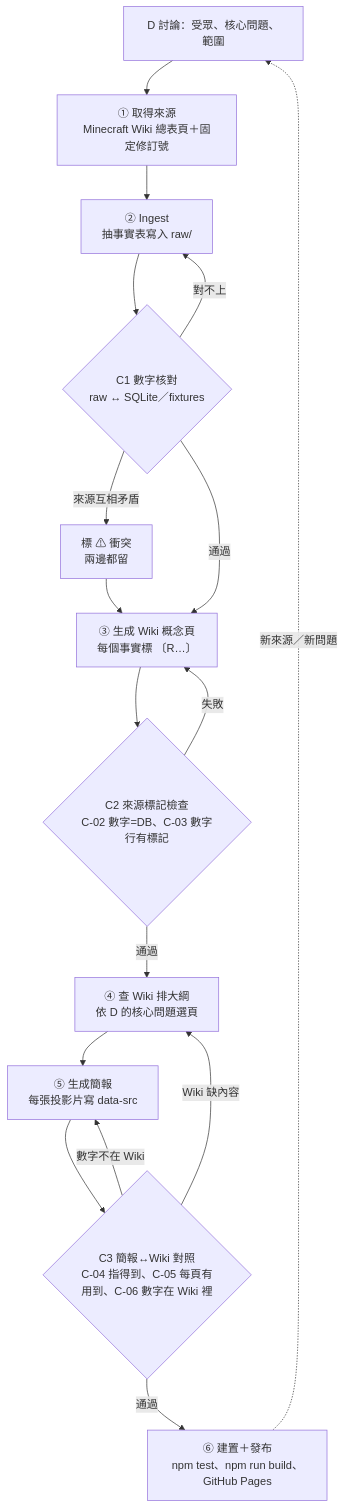
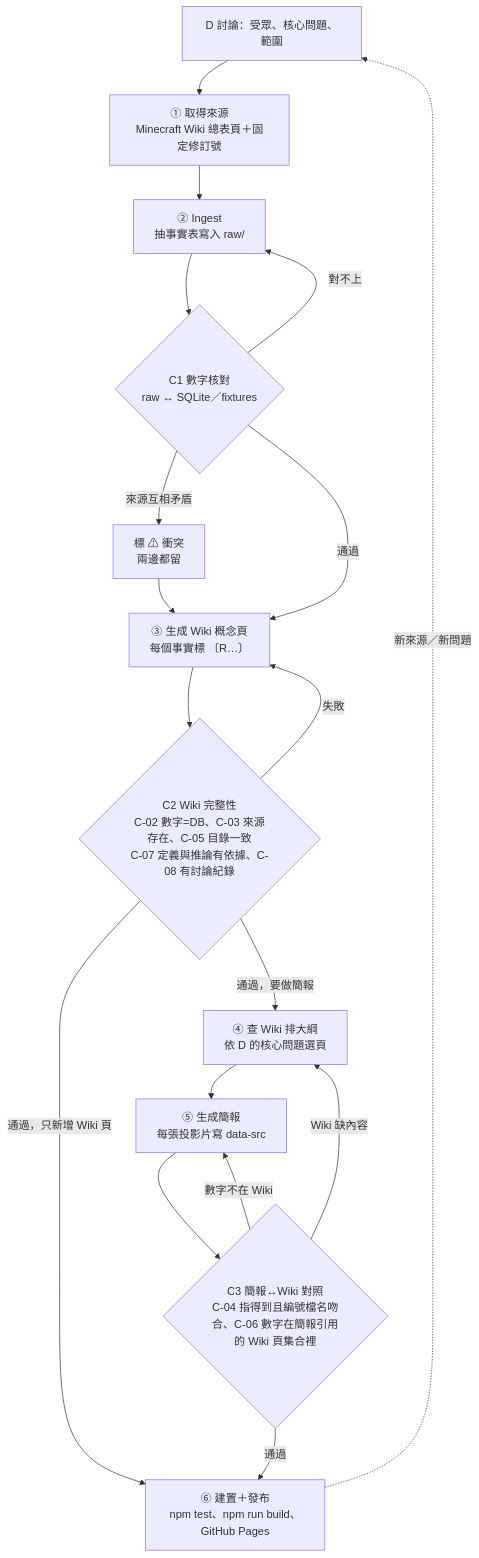
The diagram in docs/llm-wiki-workflow.md (FinalHope487/minecraft-dungeons-wiki), drawn with Mermaid before and after one commit. The commit also changed other lines of this file and 7 other files, not shown here.

````diff
--- a/docs/llm-wiki-workflow.md
+++ b/docs/llm-wiki-workflow.md
@@ -9,19 +9,20 @@
 ```mermaid
 flowchart TD
   D[D 討論：受眾、核心問題、範圍] --> S[① 取得來源<br>Minecraft Wiki 總表頁＋固定修訂號]
   S --> I[② Ingest<br>抽事實表寫入 raw/]
   I --> C1{C1 數字核對<br>raw ↔ SQLite／fixtures}
   C1 -- 對不上 --> I
   C1 -- 來源互相矛盾 --> X[標 ⚠ 衝突<br>兩邊都留]
   X --> W
   C1 -- 通過 --> W[③ 生成 Wiki 概念頁<br>每個事實標 〔R…〕]
-  W --> C2{C2 來源標記檢查<br>C-02 數字=DB、C-03 數字行有標記}
+  W --> C2{C2 Wiki 完整性<br>C-02 數字=DB、C-03 來源存在、C-05 目錄一致<br>C-07 定義與推論有依據、C-08 有討論紀錄}
   C2 -- 失敗 --> W
-  C2 -- 通過 --> Q[④ 查 Wiki 排大綱<br>依 D 的核心問題選頁]
+  C2 -- 通過，只新增 Wiki 頁 --> P
+  C2 -- 通過，要做簡報 --> Q[④ 查 Wiki 排大綱<br>依 D 的核心問題選頁]
   Q --> G[⑤ 生成簡報<br>每張投影片寫 data-src]
-  G --> C3{C3 簡報↔Wiki 對照<br>C-04 指得到、C-05 每頁有用到、C-06 數字在 Wiki 裡}
+  G --> C3{C3 簡報↔Wiki 對照<br>C-04 指得到且編號檔名吻合、C-06 數字在簡報引用的 Wiki 頁集合裡}
   C3 -- 數字不在 Wiki --> G
   C3 -- Wiki 缺內容 --> Q
   C3 -- 通過 --> P[⑥ 建置＋發布<br>npm test、npm run build、GitHub Pages]
   P -. 新來源／新問題 .-> D
 ```
````
